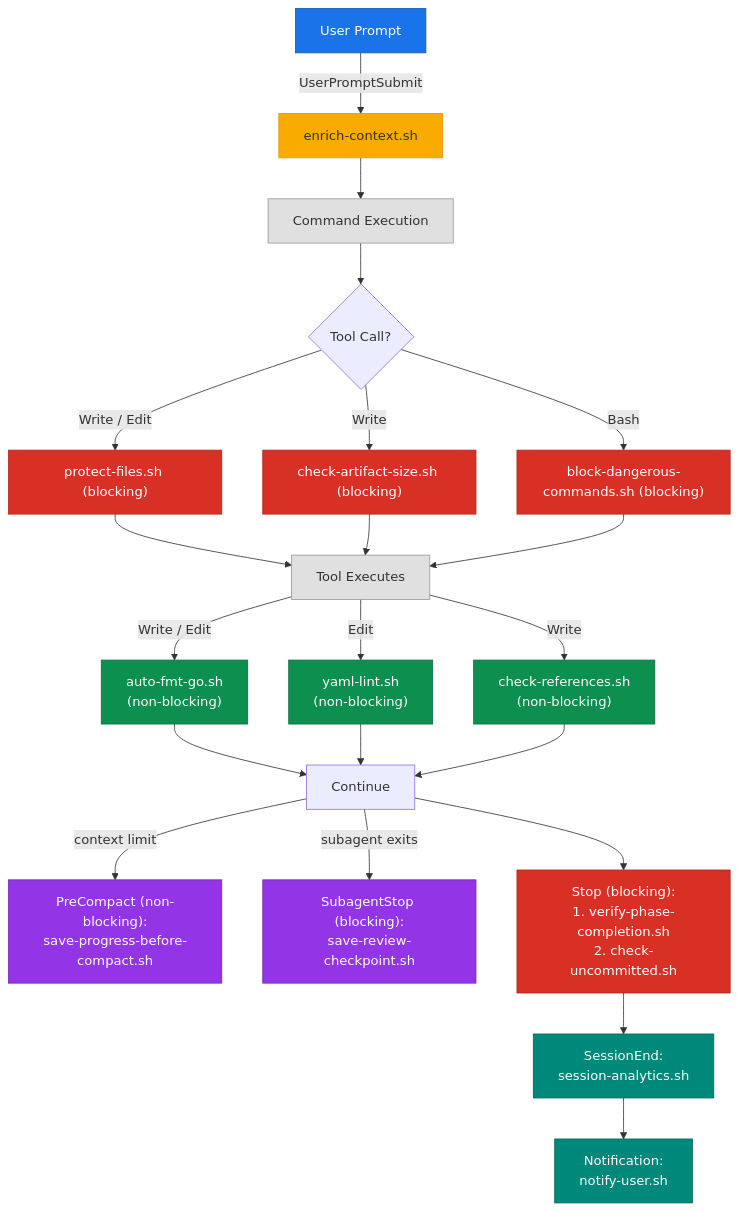
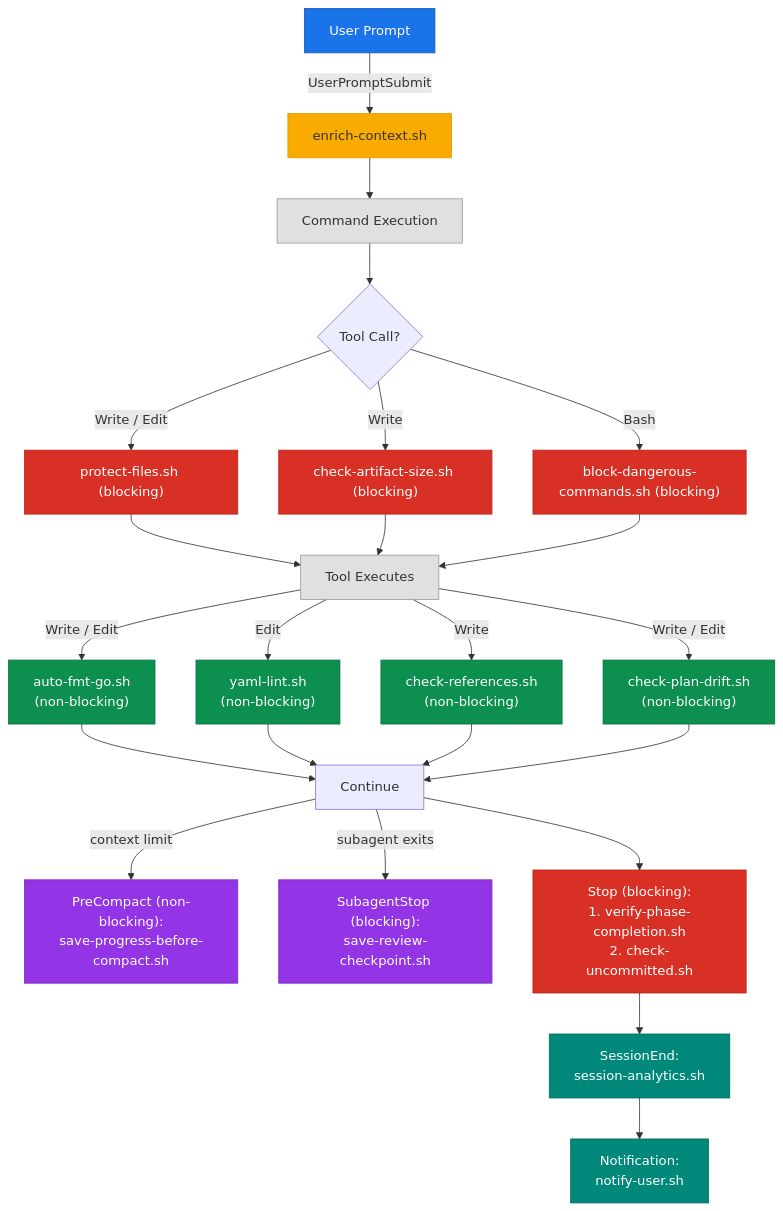
The sixth of 6 diagrams in README.md (hex0xdeadbeef/claude-kit), drawn with Mermaid before and after one commit. The commit also changed other lines of this file and 2 other files, not shown here.

Commit message:
WIP: Fix mermaid diagrams and hook documentation for code review

````diff
--- a/README.md
+++ b/README.md
@@ -378,45 +378,48 @@
 ```mermaid
 flowchart TB
     UP["User Prompt"] -->|UserPromptSubmit| ENR["enrich-context.sh"]
     ENR --> CMD["Command Execution"]
 
     CMD --> TOOL{"Tool Call?"}
     TOOL -->|"Write / Edit"| PRE1["protect-files.sh (blocking)"]
     TOOL -->|Write| PRE2["check-artifact-size.sh (blocking)"]
     TOOL -->|Bash| PRE3["block-dangerous-commands.sh (blocking)"]
 
     PRE1 --> EXEC["Tool Executes"]
     PRE2 --> EXEC
     PRE3 --> EXEC
 
     EXEC -->|"Write / Edit"| POST1["auto-fmt-go.sh<br/>(non-blocking)"]
     EXEC -->|Edit| POST2["yaml-lint.sh<br/>(non-blocking)"]
     EXEC -->|Write| POST3["check-references.sh<br/>(non-blocking)"]
+    EXEC -->|"Write / Edit"| POST4["check-plan-drift.sh<br/>(non-blocking)"]
 
     POST1 --> CONT["Continue"]
     POST2 --> CONT
     POST3 --> CONT
+    POST4 --> CONT
 
     CONT -->|"context limit"| COMPACT["PreCompact (non-blocking):<br/>save-progress-before-compact.sh"]
     CONT -->|"subagent exits"| SUBSTOP["SubagentStop (blocking):<br/>save-review-checkpoint.sh"]
     CONT --> STOP["Stop (blocking):<br/>1. verify-phase-completion.sh<br/>2. check-uncommitted.sh"]
 
     STOP --> SESS["SessionEnd:<br/>session-analytics.sh"]
     SESS --> NOTIFY["Notification:<br/>notify-user.sh"]
 
     style UP fill:#1a73e8,color:#fff,stroke:#1557b0
     style ENR fill:#f9ab00,color:#333,stroke:#e69500
     style CMD fill:#e0e0e0,color:#333,stroke:#999
     style PRE1 fill:#d93025,color:#fff,stroke:#b3261e
     style PRE2 fill:#d93025,color:#fff,stroke:#b3261e
     style PRE3 fill:#d93025,color:#fff,stroke:#b3261e
     style EXEC fill:#e0e0e0,color:#333,stroke:#999
     style POST1 fill:#0d904f,color:#fff,stroke:#0a7040
     style POST2 fill:#0d904f,color:#fff,stroke:#0a7040
     style POST3 fill:#0d904f,color:#fff,stroke:#0a7040
+    style POST4 fill:#0d904f,color:#fff,stroke:#0a7040
     style COMPACT fill:#9334e6,color:#fff,stroke:#7627bb
     style SUBSTOP fill:#9334e6,color:#fff,stroke:#7627bb
     style STOP fill:#d93025,color:#fff,stroke:#b3261e
     style SESS fill:#00897b,color:#fff,stroke:#00695c
     style NOTIFY fill:#00897b,color:#fff,stroke:#00695c
 ```
````
